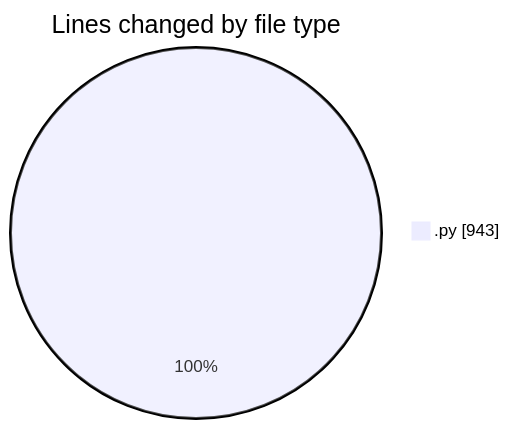
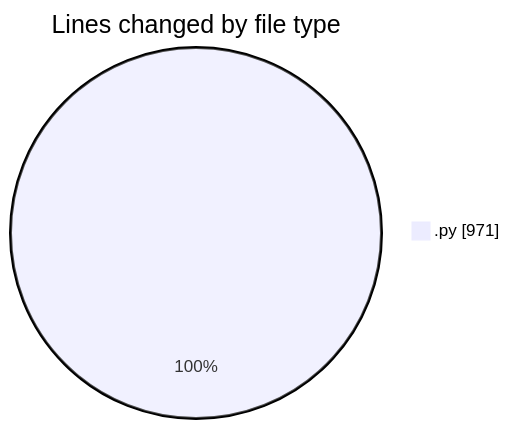
Before and after one commit to MatusMokan/code-tracking: the first of 2 diagrams in 2025-04-12/myws__workspace_/README.md, drawn with Mermaid. The commit also changed other lines of this file and 1 other file, not shown here.

````diff
--- a/2025-04-12/myws__workspace_/README.md
+++ b/2025-04-12/myws__workspace_/README.md
@@ -21,5 +21,5 @@
 ```mermaid
 pie showData
 title Lines changed by file type
-".py" : 943
+".py" : 971
 ```
````
